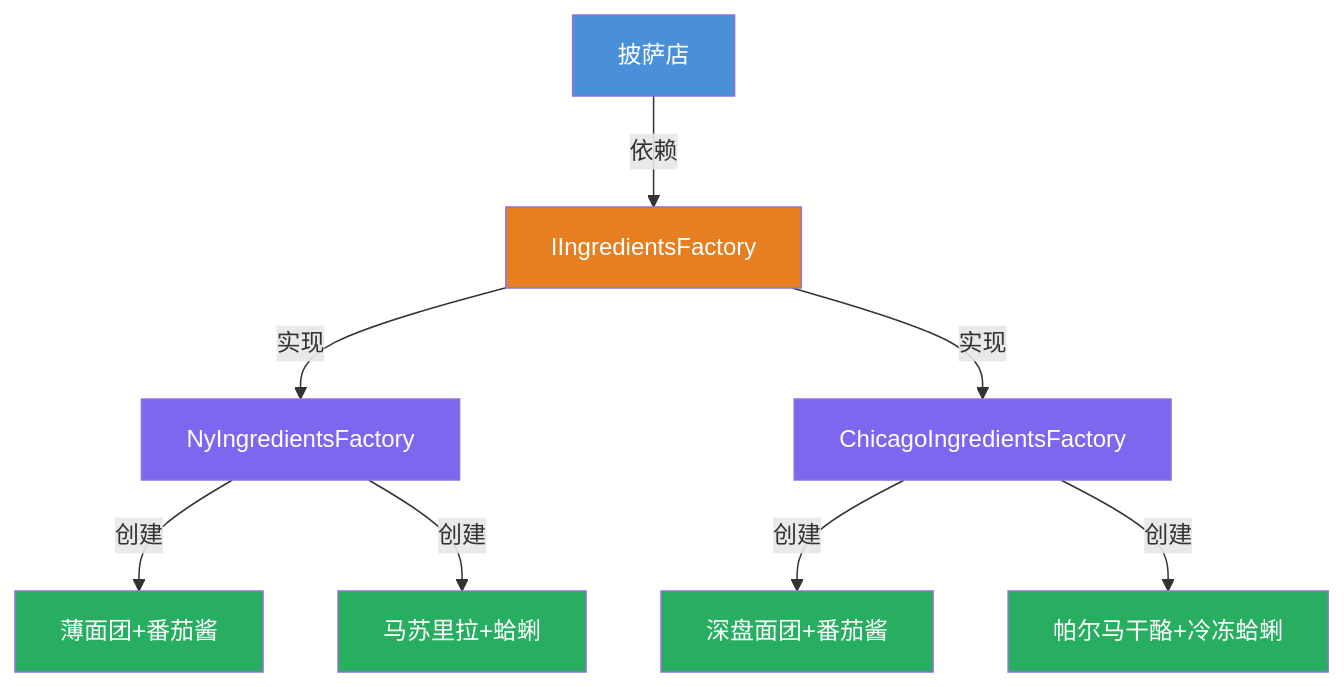
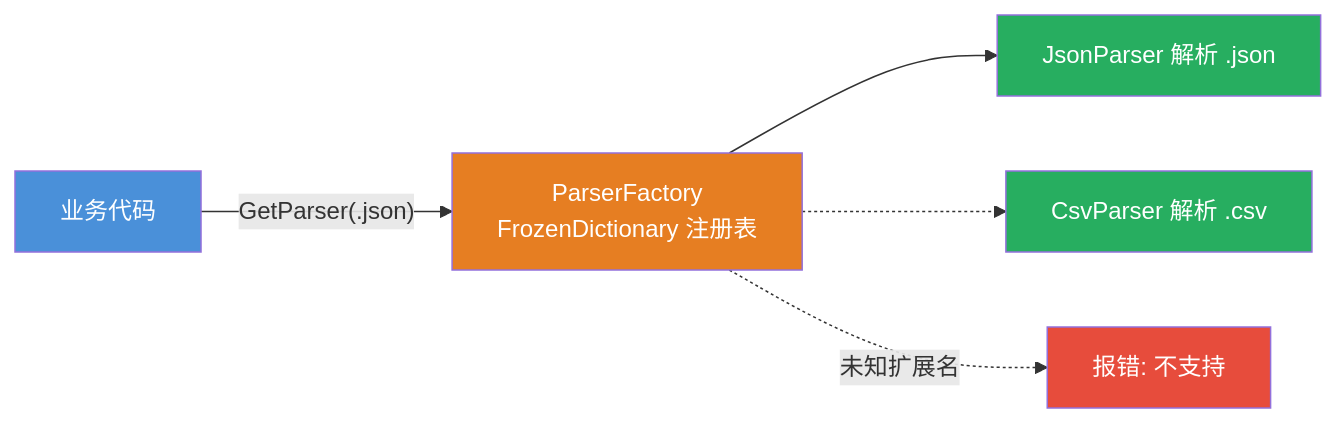
Before and after one commit to hollson/design_patterns: the third of 3 diagrams in FactoryPattern/README.md, drawn with Mermaid. The commit also changed other lines of this file and 40 other files, not shown here.

Commit message:
Optimize FactoryPattern: coffee + parser demos, drop duplicated folders

````diff
--- a/FactoryPattern/README.md
+++ b/FactoryPattern/README.md
@@ -54,19 +118,13 @@
 ```mermaid
-flowchart TD
-    A["披萨店"] -->|"依赖"| B["IIngredientsFactory"]
-    B -->|"实现"| C["NyIngredientsFactory"]
-    B -->|"实现"| D["ChicagoIngredientsFactory"]
-    C -->|"创建"| E["薄面团+番茄酱"]
-    C -->|"创建"| F["马苏里拉+蛤蜊"]
-    D -->|"创建"| G["深盘面团+番茄酱"]
-    D -->|"创建"| H["帕尔马干酪+冷冻蛤蜊"]
+flowchart LR
+    B["业务代码"] -->|"GetParser(.json)"| F["ParserFactory<br/>FrozenDictionary 注册表"]
+    F --> J["JsonParser 解析 .json"]
+    F -.-> V["CsvParser 解析 .csv"]
+    F -.->|"未知扩展名"| X["报错: 不支持"]
 
-    style A fill:#4A90D9,color:#fff
-    style B fill:#E67E22,color:#fff
-    style C fill:#7B68EE,color:#fff
-    style D fill:#7B68EE,color:#fff
-    style E fill:#27AE60,color:#fff
-    style F fill:#27AE60,color:#fff
-    style G fill:#27AE60,color:#fff
-    style H fill:#27AE60,color:#fff
+    style B fill:#4A90D9,color:#fff
+    style F fill:#E67E22,color:#fff
+    style J fill:#27AE60,color:#fff
+    style V fill:#27AE60,color:#fff
+    style X fill:#E74C3C,color:#fff
 ```
````
